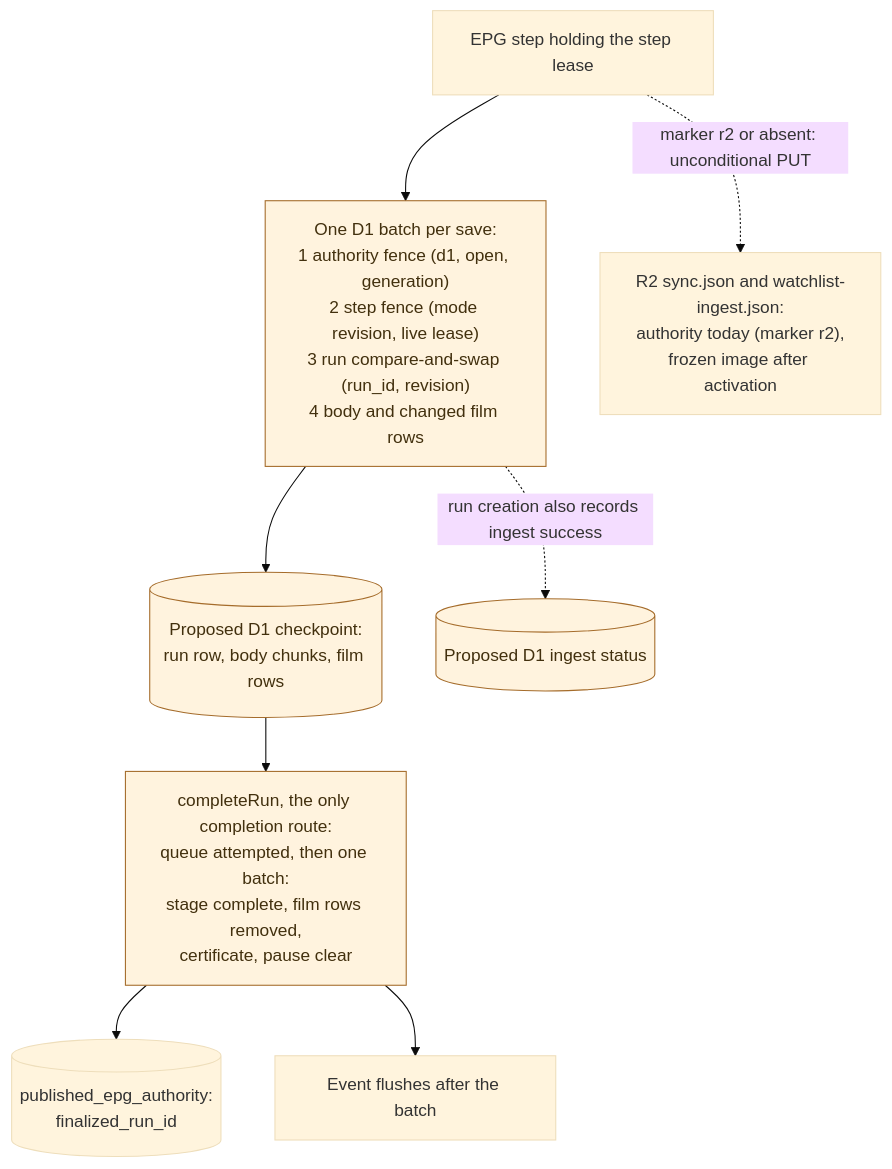
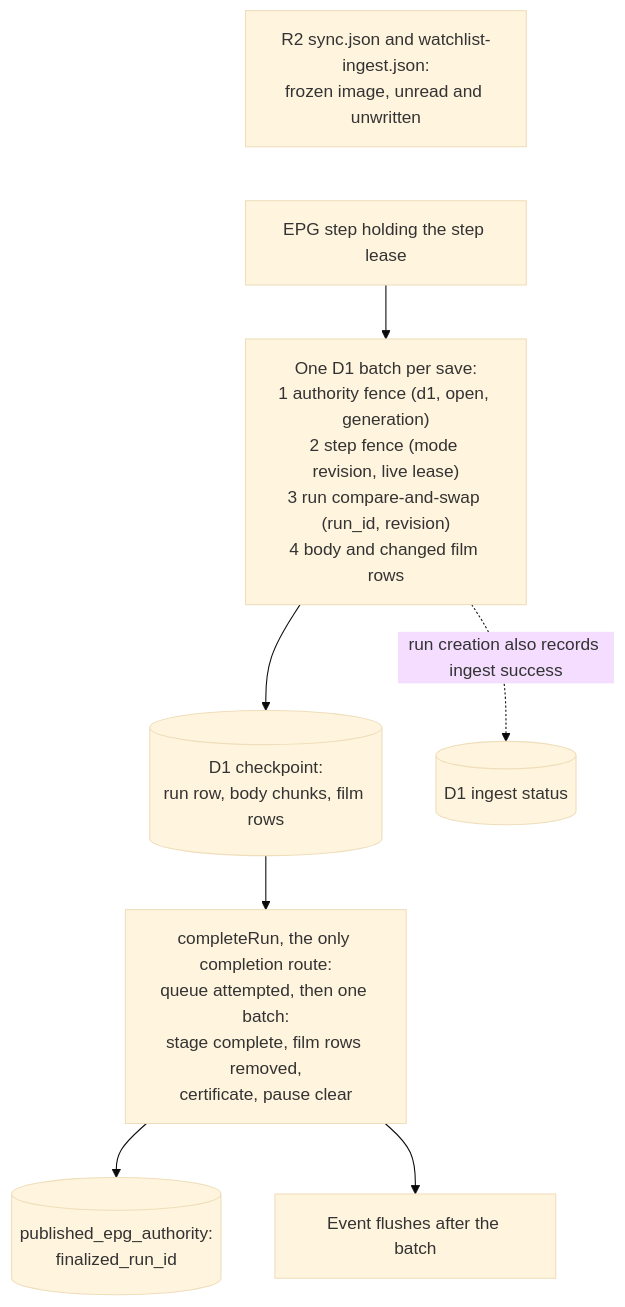
Before and after one commit to vladimino/iptv-watchlist: the second of 7 diagrams in docs/architecture/epg-and-availability.md, drawn with Mermaid (base theme). The commit also changed other lines of this file and 23 other files, not shown here.

First line of the commit message:
AIR-551: retire EPG checkpoint R2 fallback after D1 cutover (#906)

````diff
--- a/docs/architecture/epg-and-availability.md
+++ b/docs/architecture/epg-and-availability.md
@@ -37,18 +37,16 @@
 ```mermaid
 flowchart TD
     step["EPG step holding the step lease"]
     batch["One D1 batch per save:<br/>1 authority fence (d1, open, generation)<br/>2 step fence (mode revision, live lease)<br/>3 run compare-and-swap (run_id, revision)<br/>4 body and changed film rows"]
-    run[("Proposed D1 checkpoint:<br/>run row, body chunks, film rows")]
-    ingest[("Proposed D1 ingest status")]
+    run[("D1 checkpoint:<br/>run row, body chunks, film rows")]
+    ingest[("D1 ingest status")]
     done["completeRun, the only completion route:<br/>queue attempted, then one batch:<br/>stage complete, film rows removed,<br/>certificate, pause clear"]
     cert[("published_epg_authority:<br/>finalized_run_id")]
     flush["Event flushes after the batch"]
-    r2["R2 sync.json and watchlist-ingest.json:<br/>authority today (marker r2),<br/>frozen image after activation"]
+    r2["R2 sync.json and watchlist-ingest.json:<br/>frozen image, unread and unwritten"]
     step --> batch --> run
     batch -.->|"run creation also records ingest success"| ingest
     run --> done --> cert
     done --> flush
-    step -.->|"marker r2 or absent: unconditional PUT"| r2
-    classDef proposed fill:#fff3de,stroke:#a56c2b,color:#42300e
-    class batch,run,ingest,done proposed
+    r2 ~~~ step
 ```
````
